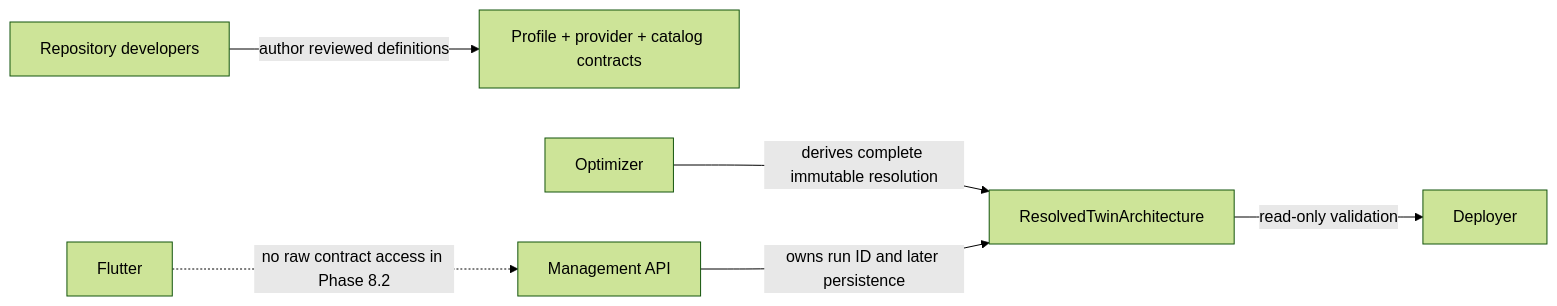
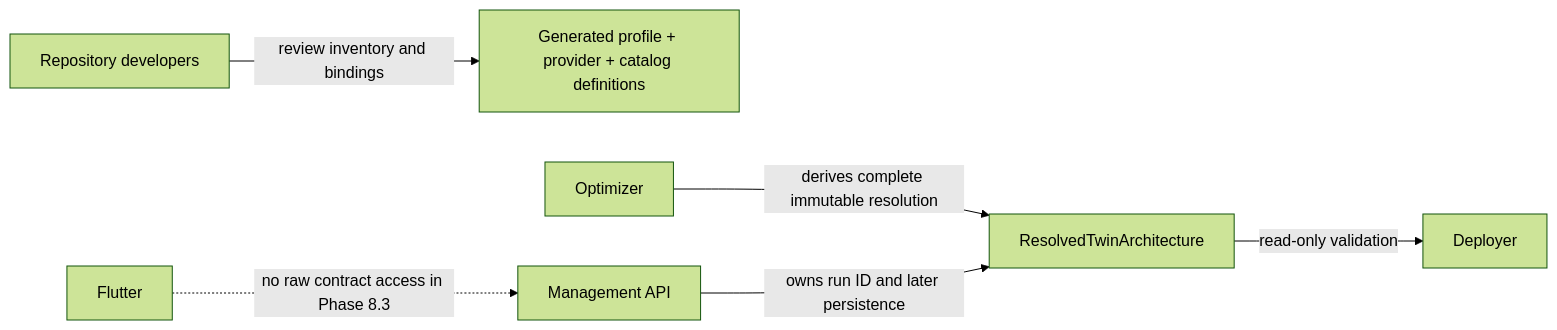
Before and after one commit to TVJunkie724/master-thesis: the diagram in docs-site/docs/contracts-and-data-flow/architecture-profiles.md, drawn with Mermaid (forest theme). The commit also changed other lines of this file and 145 other files, not shown here.

First line of the commit message:
feat(architecture): register provider component catalog

````diff
--- a/docs-site/docs/contracts-and-data-flow/architecture-profiles.md
+++ b/docs-site/docs/contracts-and-data-flow/architecture-profiles.md
@@ -24,8 +25,8 @@
 ```mermaid
 flowchart LR
-    Developers["Repository developers"] -->|"author reviewed definitions"| Contracts["Profile + provider + catalog contracts"]
+    Developers["Repository developers"] -->|"review inventory and bindings"| Contracts["Generated profile + provider + catalog definitions"]
     Optimizer["Optimizer"] -->|"derives complete immutable resolution"| Resolution["ResolvedTwinArchitecture"]
     Management["Management API"] -->|"owns run ID and later persistence"| Resolution
     Resolution -->|"read-only validation"| Deployer["Deployer"]
-    Flutter["Flutter"] -.->|"no raw contract access in Phase 8.2"| Management
+    Flutter["Flutter"] -.->|"no raw contract access in Phase 8.3"| Management
 ```
````
